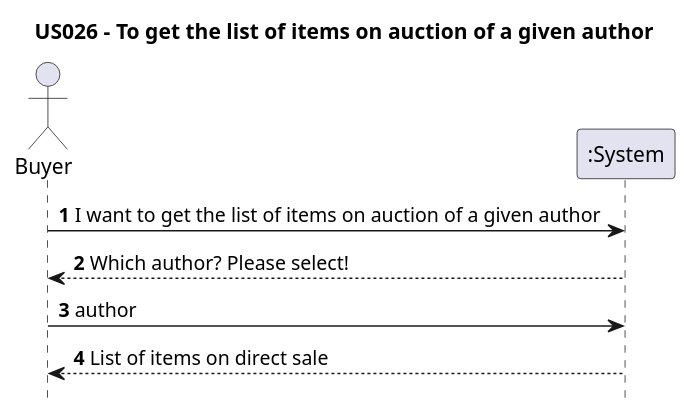
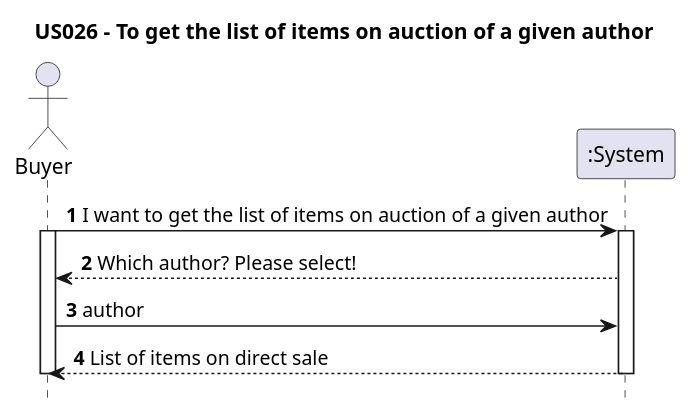
One commit to AndrePereiraGitH/SWitCH-Project-Team_A changed the diagram in Diagrams/SequenceDiagrams/N1/US026-to-get-the-list-of-items-on-auction-of-a-given-author.puml. Above: the diagram before and after it, drawn with PlantUML. The commit also changed 4 other files, not shown here.

```diff
--- a/Diagrams/SequenceDiagrams/N1/US026-to-get-the-list-of-items-on-auction-of-a-given-author.puml
+++ b/Diagrams/SequenceDiagrams/N1/US026-to-get-the-list-of-items-on-auction-of-a-given-author.puml
@@ -1,14 +1,17 @@
 @startuml
 
 hide footbox
 title US026 - To get the list of items on auction of a given author
 
 actor Buyer
 participant ":System" as System
 
 Buyer -> System : **1** I want to get the list of items on auction of a given author
+activate Buyer
+activate System
 Buyer <-- System : **2** Which author? Please select!
 Buyer -> System : **3** author
 System --> Buyer : **4** List of items on direct sale
-
+deactivate System
+deactivate Buyer
 @enduml
```
